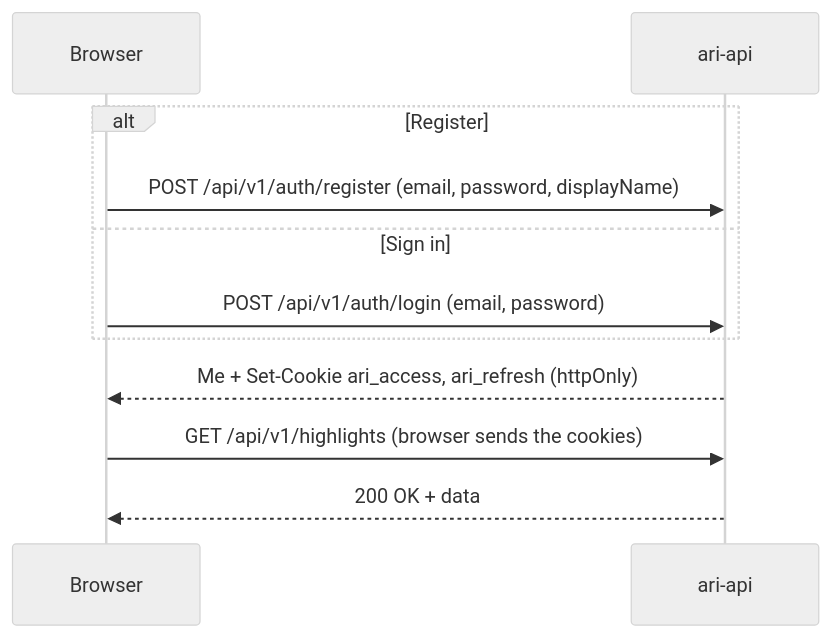
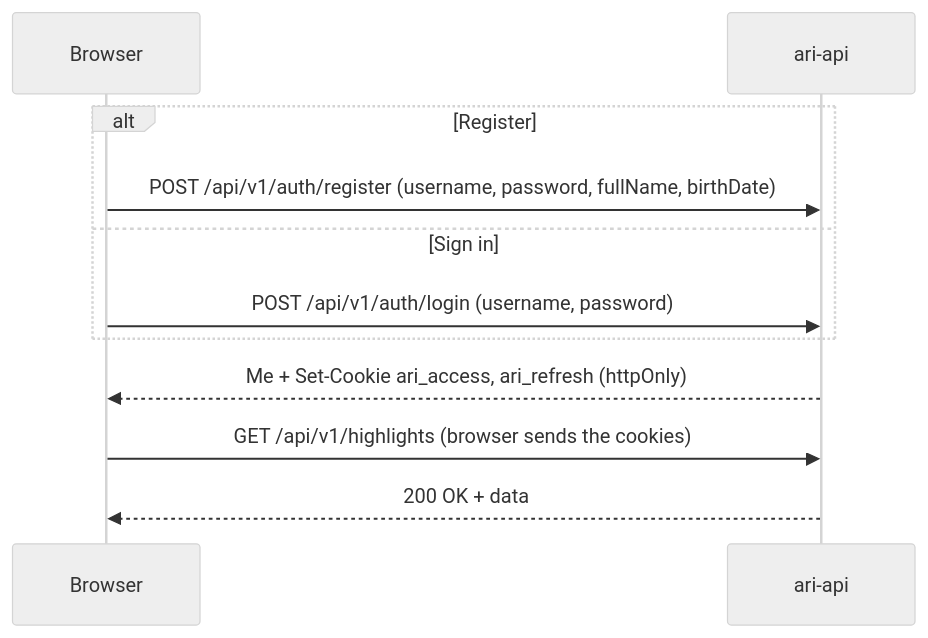
One commit to salimsalimzade/ari changed the first of 8 diagrams in docs/sequences.md. Above: the diagram before and after it, drawn with Mermaid (neutral theme). The commit also changed 64 other files, not shown here.

Commit message:
feature(account): finish login/register add account page

````diff
--- a/docs/sequences.md
+++ b/docs/sequences.md
@@ -18,13 +18,13 @@
 ```mermaid
 sequenceDiagram
   participant B as Browser
   participant A as ari-api
   alt Register
-    B->>A: POST /api/v1/auth/register (email, password, displayName)
+    B->>A: POST /api/v1/auth/register (username, password, fullName, birthDate)
   else Sign in
-    B->>A: POST /api/v1/auth/login (email, password)
+    B->>A: POST /api/v1/auth/login (username, password)
   end
   A-->>B: Me + Set-Cookie ari_access, ari_refresh (httpOnly)
   B->>A: GET /api/v1/highlights (browser sends the cookies)
   A-->>B: 200 OK + data
 ```
````
